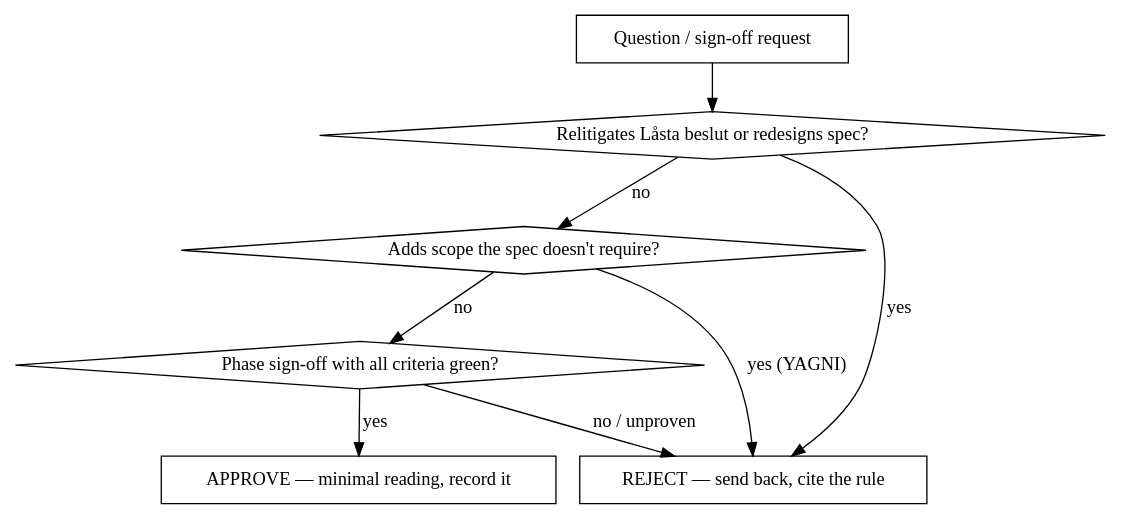
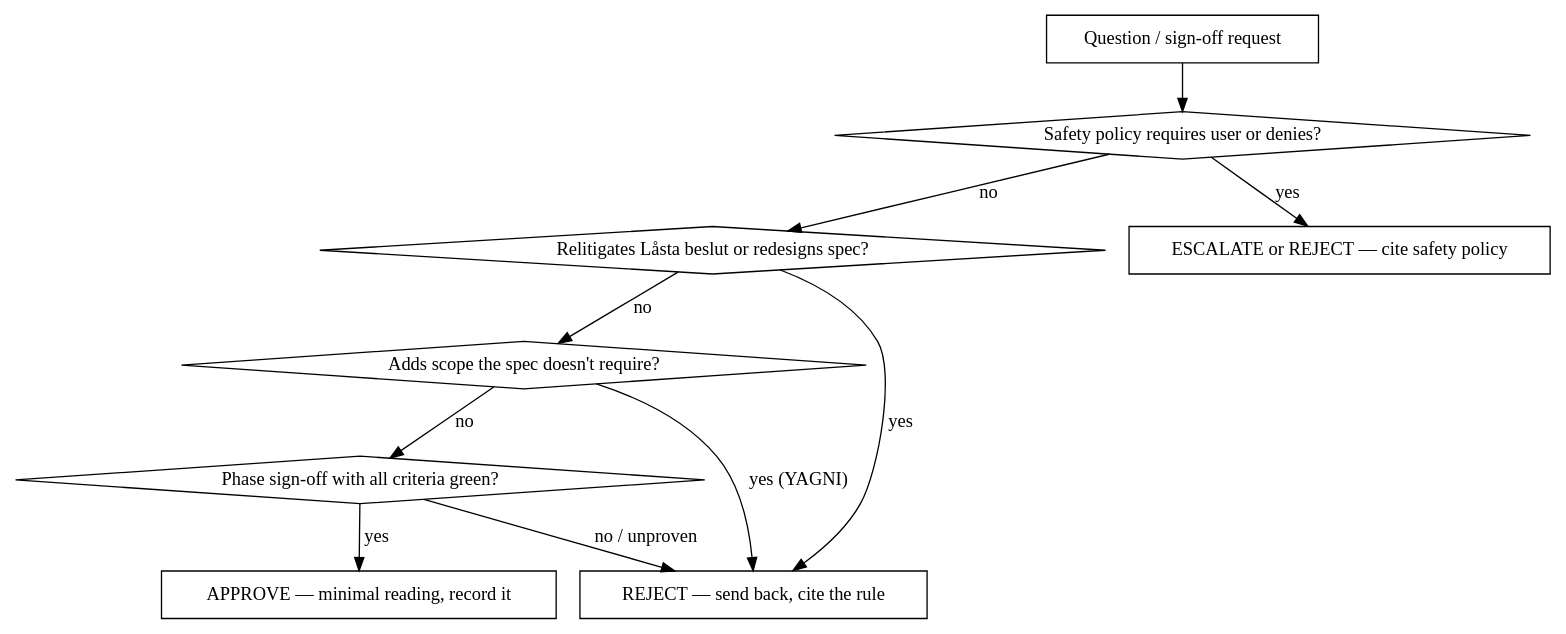
The diagram in skills/preference-oracle/SKILL.md (dalholm/agent-config), drawn with Graphviz before and after one commit. The commit also changed other lines of this file and 27 other files, not shown here.

````diff
--- a/skills/preference-oracle/SKILL.md
+++ b/skills/preference-oracle/SKILL.md
@@ -47,18 +52,22 @@
 ```dot
 digraph oracle {
   "Question / sign-off request" [shape=box];
+  "Safety policy requires user or denies?" [shape=diamond];
   "Relitigates Låsta beslut or redesigns spec?" [shape=diamond];
   "Adds scope the spec doesn't require?" [shape=diamond];
   "Phase sign-off with all criteria green?" [shape=diamond];
   "REJECT — send back, cite the rule" [shape=box];
   "APPROVE — minimal reading, record it" [shape=box];
 
-  "Question / sign-off request" -> "Relitigates Låsta beslut or redesigns spec?";
+  "ESCALATE or REJECT — cite safety policy" [shape=box];
+  "Question / sign-off request" -> "Safety policy requires user or denies?";
+  "Safety policy requires user or denies?" -> "ESCALATE or REJECT — cite safety policy" [label="yes"];
+  "Safety policy requires user or denies?" -> "Relitigates Låsta beslut or redesigns spec?" [label="no"];
   "Relitigates Låsta beslut or redesigns spec?" -> "REJECT — send back, cite the rule" [label="yes"];
   "Relitigates Låsta beslut or redesigns spec?" -> "Adds scope the spec doesn't require?" [label="no"];
   "Adds scope the spec doesn't require?" -> "REJECT — send back, cite the rule" [label="yes (YAGNI)"];
   "Adds scope the spec doesn't require?" -> "Phase sign-off with all criteria green?" [label="no"];
   "Phase sign-off with all criteria green?" -> "APPROVE — minimal reading, record it" [label="yes"];
   "Phase sign-off with all criteria green?" -> "REJECT — send back, cite the rule" [label="no / unproven"];
 }
 ```
````
